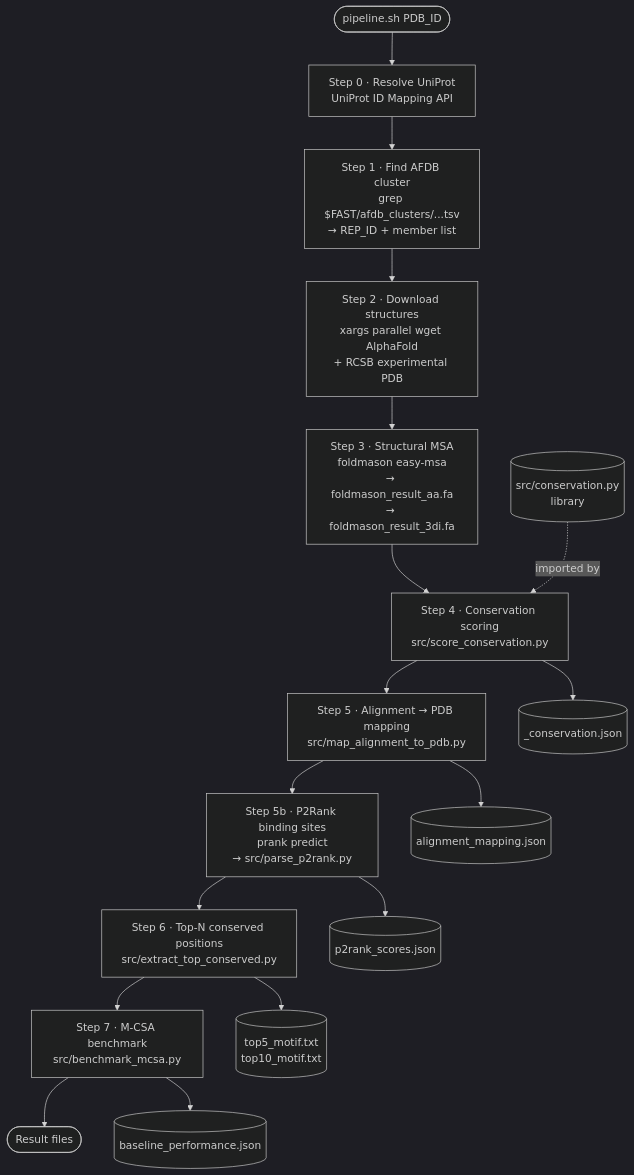
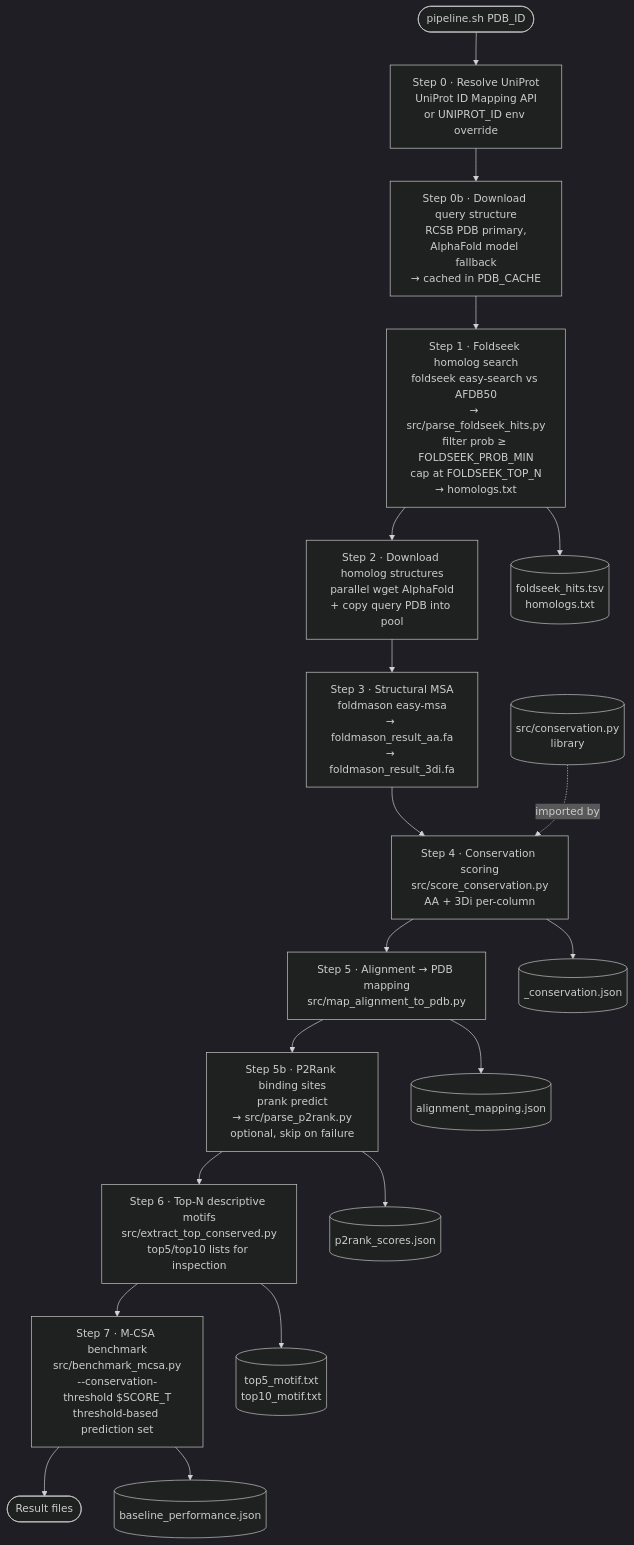
One commit to snjlee58/motif-discovery changed the second of 3 diagrams in docs/workflow.md. Above: the diagram before and after it, drawn with Mermaid (dark theme). The commit also changed other lines of this file and 1 other file, not shown here.

Commit message:
Updated workflow diagram

````diff
--- a/docs/workflow.md
+++ b/docs/workflow.md
@@ -37,21 +40,23 @@
 ```mermaid
 flowchart TD
     Start([pipeline.sh PDB_ID]) --> S0
-    S0[Step 0 · Resolve UniProt<br/>UniProt ID Mapping API] --> S1
-    S1[Step 1 · Find AFDB cluster<br/>grep $FAST/afdb_clusters/...tsv<br/>→ REP_ID + member list] --> S2
-    S2[Step 2 · Download structures<br/>xargs parallel wget AlphaFold<br/>+ RCSB experimental PDB] --> S3
+    S0[Step 0 · Resolve UniProt<br/>UniProt ID Mapping API<br/>or UNIPROT_ID env override] --> S0b
+    S0b[Step 0b · Download query structure<br/>RCSB PDB primary,<br/>AlphaFold model fallback<br/>→ cached in PDB_CACHE] --> S1
+    S1[Step 1 · Foldseek homolog search<br/>foldseek easy-search vs AFDB50<br/>→ src/parse_foldseek_hits.py<br/>filter prob ≥ FOLDSEEK_PROB_MIN<br/>cap at FOLDSEEK_TOP_N<br/>→ homologs.txt] --> S2
+    S2[Step 2 · Download homolog structures<br/>parallel wget AlphaFold<br/>+ copy query PDB into pool] --> S3
     S3[Step 3 · Structural MSA<br/>foldmason easy-msa<br/>→ foldmason_result_aa.fa<br/>→ foldmason_result_3di.fa] --> S4
-    S4[Step 4 · Conservation scoring<br/>src/score_conservation.py] --> S5
+    S4[Step 4 · Conservation scoring<br/>src/score_conservation.py<br/>AA + 3Di per-column] --> S5
     S5[Step 5 · Alignment → PDB mapping<br/>src/map_alignment_to_pdb.py] --> S5b
-    S5b[Step 5b · P2Rank binding sites<br/>prank predict<br/>→ src/parse_p2rank.py] --> S6
-    S6[Step 6 · Top-N conserved positions<br/>src/extract_top_conserved.py] --> S7
-    S7[Step 7 · M-CSA benchmark<br/>src/benchmark_mcsa.py] --> Done([Result files])
+    S5b[Step 5b · P2Rank binding sites<br/>prank predict<br/>→ src/parse_p2rank.py<br/>optional, skip on failure] --> S6
+    S6[Step 6 · Top-N descriptive motifs<br/>src/extract_top_conserved.py<br/>top5/top10 lists for inspection] --> S7
+    S7[Step 7 · M-CSA benchmark<br/>src/benchmark_mcsa.py<br/>--conservation-threshold $SCORE_T<br/>threshold-based prediction set] --> Done([Result files])
 
     Lib[(src/conservation.py<br/>library)] -.imported by.-> S4
 
+    S1 --> J1[(foldseek_hits.tsv<br/>homologs.txt)]
     S4 --> J4[(_conservation.json)]
     S5 --> J5[(alignment_mapping.json)]
     S5b --> J5b[(p2rank_scores.json)]
     S6 --> J6[(top5_motif.txt<br/>top10_motif.txt)]
     S7 --> J7[(baseline_performance.json)]
 ```
````
